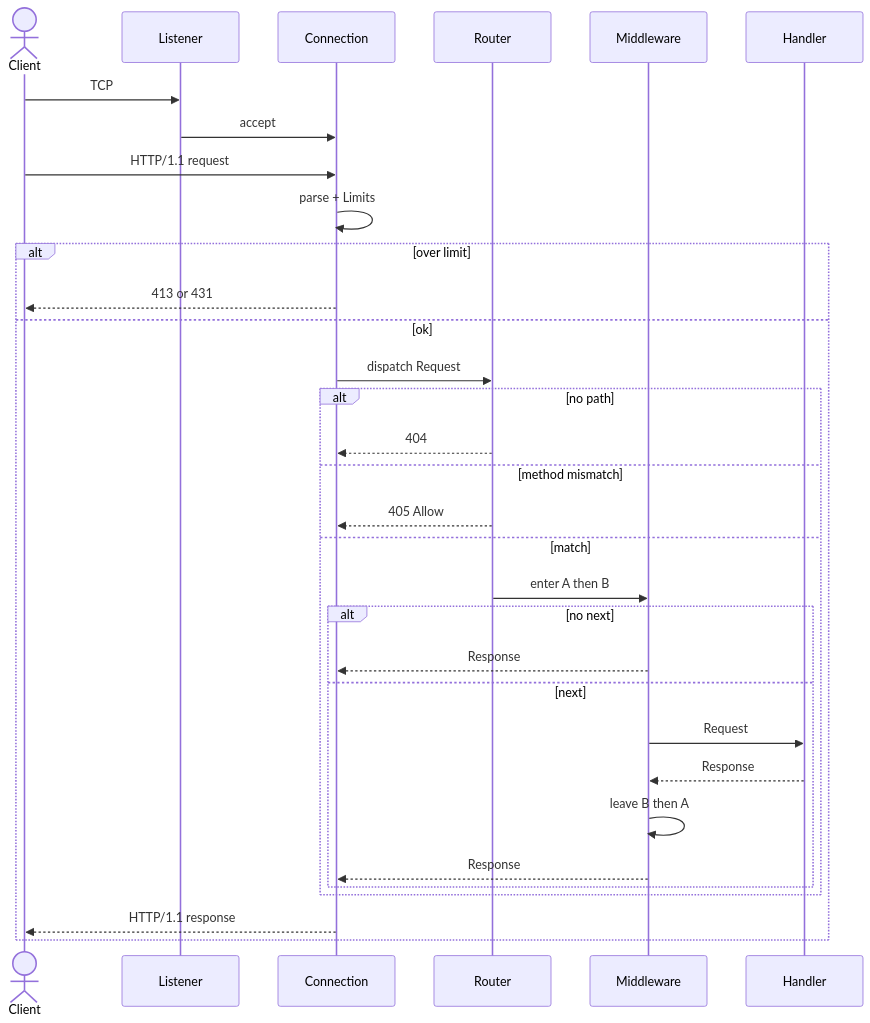
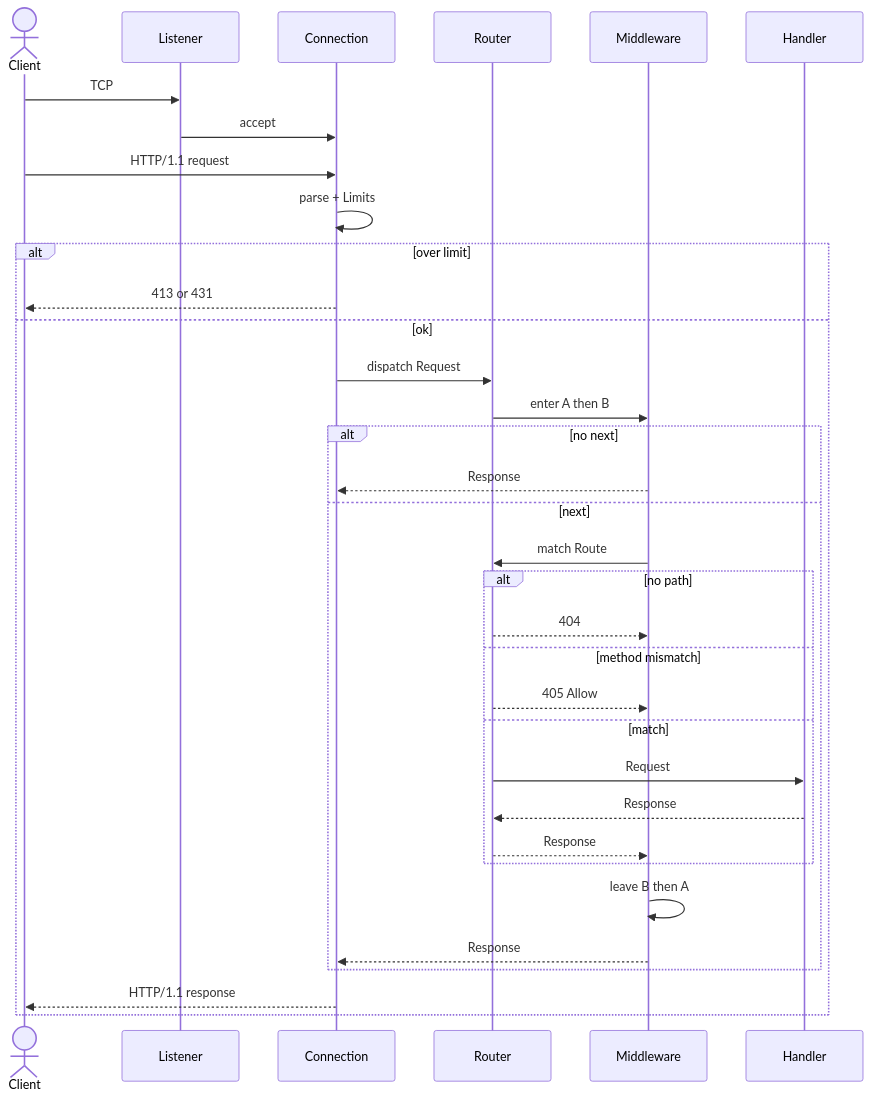
One commit to SilentMalachite/Hayate changed the fourth of 4 diagrams in docs/UML.md. Above: the diagram before and after it, drawn with Mermaid. The commit also changed other lines of this file and 1 other file, not shown here.

First line of the commit message:
docs: sync ER and UML with the accepted Phase 2 scope

````diff
--- a/docs/UML.md
+++ b/docs/UML.md
@@ -192,35 +215,37 @@
 ```mermaid
 sequenceDiagram
     actor Client
     participant L as Listener
     participant C as Connection
     participant R as Router
     participant M as Middleware
     participant H as Handler
 
     Client->>L: TCP
     L->>C: accept
     Client->>C: HTTP/1.1 request
     C->>C: parse + Limits
     alt over limit
         C-->>Client: 413 or 431
     else ok
         C->>R: dispatch Request
-        alt no path
-            R-->>C: 404
-        else method mismatch
-            R-->>C: 405 Allow
-        else match
-            R->>M: enter A then B
-            alt no next
-                M-->>C: Response
-            else next
-                M->>H: Request
-                H-->>M: Response
-                M->>M: leave B then A
-                M-->>C: Response
+        R->>M: enter A then B
+        alt no next
+            M-->>C: Response
+        else next
+            M->>R: match Route
+            alt no path
+                R-->>M: 404
+            else method mismatch
+                R-->>M: 405 Allow
+            else match
+                R->>H: Request
+                H-->>R: Response
+                R-->>M: Response
             end
+            M->>M: leave B then A
+            M-->>C: Response
         end
         C-->>Client: HTTP/1.1 response
     end
 ```
````
